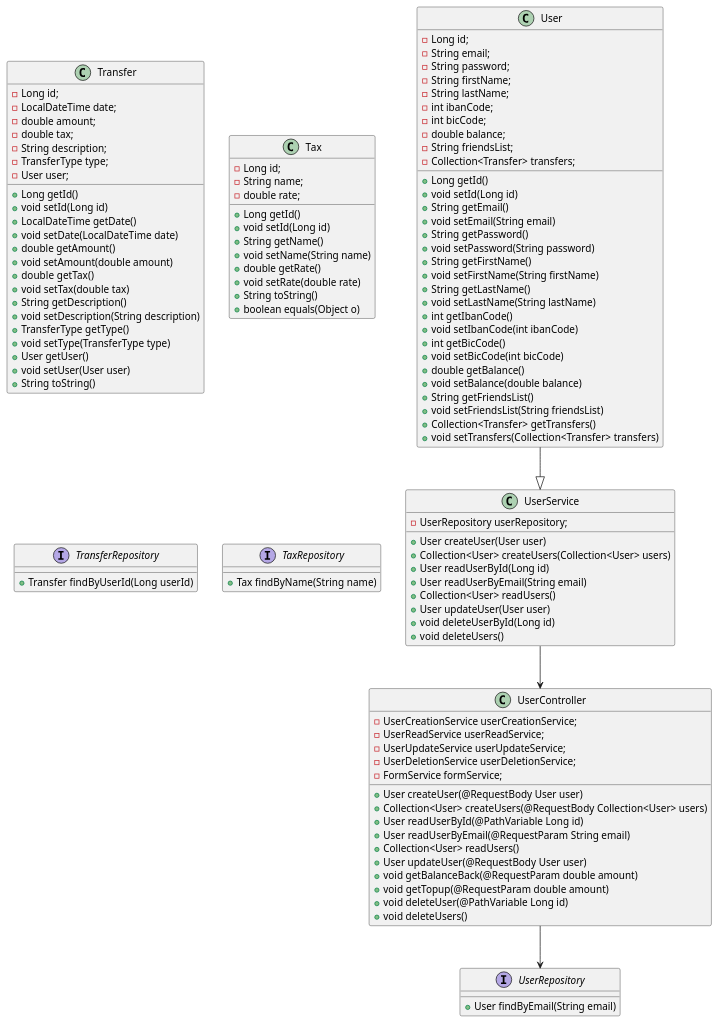
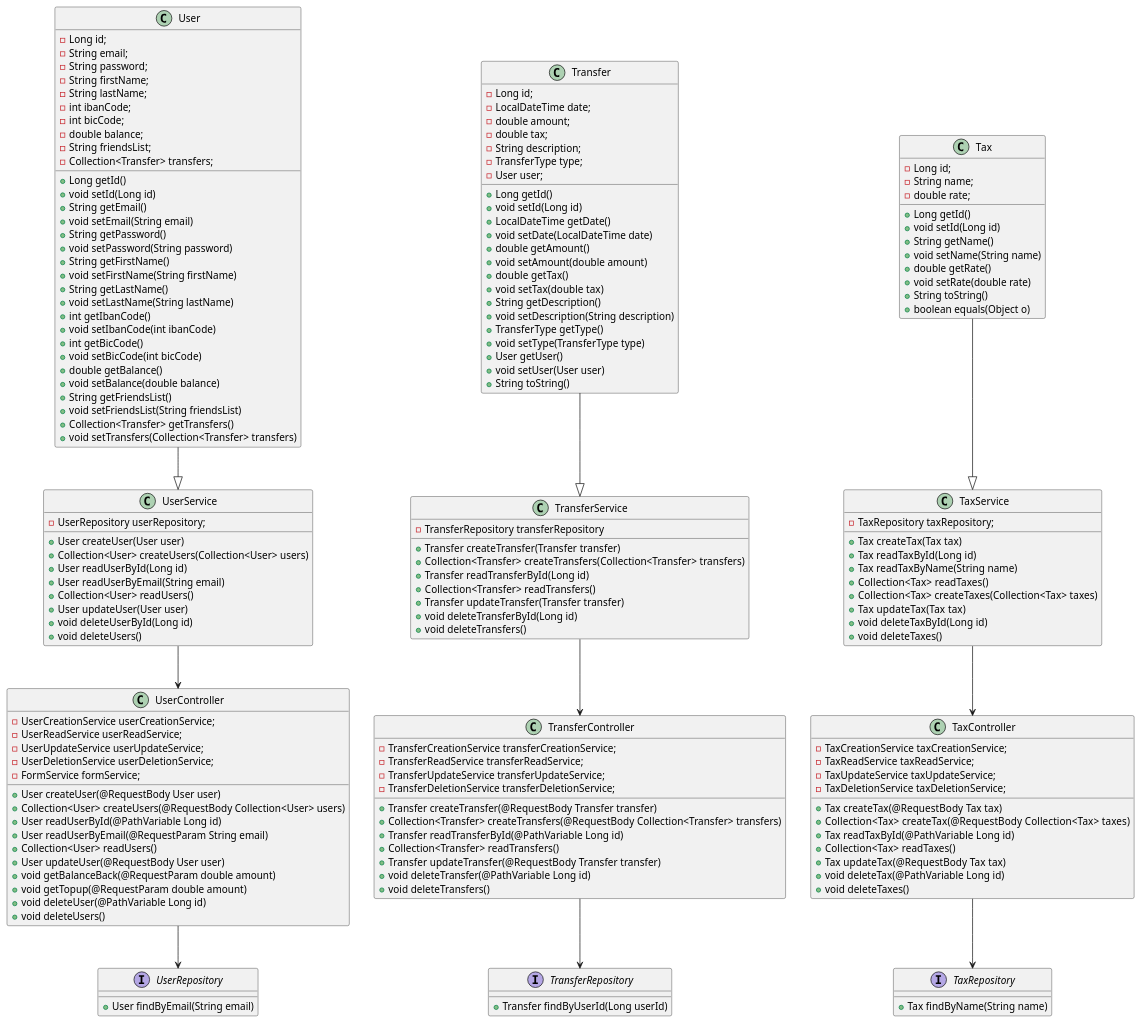
The diagram in functions.puml (d2680807/openclassrooms_6th-project_money-transfer-system), drawn with PlantUML before and after one commit.

Commit message:
docs: update Plant UML Diagram

```diff
--- a/functions.puml
+++ b/functions.puml
@@ -127,9 +127,75 @@
     + void deleteUsers()
 }
 
+class TransferService {
+
+    - TransferRepository transferRepository
+
+    + Transfer createTransfer(Transfer transfer)
+    + Collection<Transfer> createTransfers(Collection<Transfer> transfers)
+    + Transfer readTransferById(Long id)
+    + Collection<Transfer> readTransfers()
+    + Transfer updateTransfer(Transfer transfer)
+    + void deleteTransferById(Long id)
+    + void deleteTransfers()
+}
+
+class TransferController {
+
+    - TransferCreationService transferCreationService;
+    - TransferReadService transferReadService;
+    - TransferUpdateService transferUpdateService;
+    - TransferDeletionService transferDeletionService;
+
+    + Transfer createTransfer(@RequestBody Transfer transfer)
+    + Collection<Transfer> createTransfers(@RequestBody Collection<Transfer> transfers)
+    + Transfer readTransferById(@PathVariable Long id)
+    + Collection<Transfer> readTransfers()
+    + Transfer updateTransfer(@RequestBody Transfer transfer)
+    + void deleteTransfer(@PathVariable Long id)
+    + void deleteTransfers() 
+}
+
+class TaxService {
+
+    - TaxRepository taxRepository;
+
+    + Tax createTax(Tax tax)
+    + Tax readTaxById(Long id)
+    + Tax readTaxByName(String name)
+    + Collection<Tax> readTaxes()
+    + Collection<Tax> createTaxes(Collection<Tax> taxes)
+    + Tax updateTax(Tax tax)
+    + void deleteTaxById(Long id)
+    + void deleteTaxes()
+}
+
+class TaxController {
+
+    - TaxCreationService taxCreationService;
+    - TaxReadService taxReadService;
+    - TaxUpdateService taxUpdateService;
+    - TaxDeletionService taxDeletionService;
+
+    + Tax createTax(@RequestBody Tax tax)
+    + Collection<Tax> createTax(@RequestBody Collection<Tax>  taxes)
+    + Tax readTaxById(@PathVariable Long id)
+    + Collection<Tax> readTaxes()
+    + Tax updateTax(@RequestBody Tax tax)
+    + void deleteTax(@PathVariable Long id)
+    + void deleteTaxes()
+}
+
 User --|> UserService
 UserService --> UserController
 UserController --> UserRepository
 
+Transfer --|> TransferService
+TransferService --> TransferController
+TransferController --> TransferRepository
+
+Tax --|> TaxService
+TaxService --> TaxController
+TaxController --> TaxRepository
 
 @enduml
```
